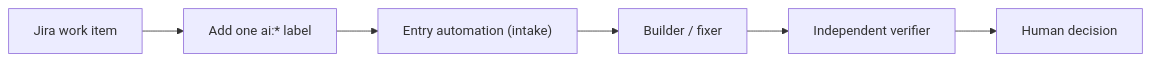
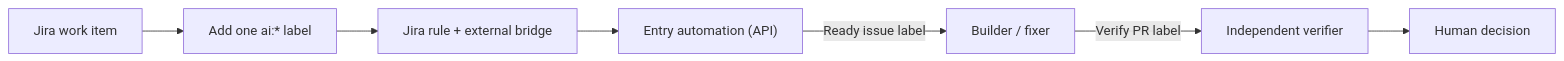
The diagram in docs/workshop.md (fgibelin/copilot-agentic-automation), drawn with Mermaid before and after one commit. The commit also changed other lines of this file and 2 other files, not shown here.

````diff
--- a/docs/workshop.md
+++ b/docs/workshop.md
@@ -149,8 +151,9 @@
 ```mermaid
 flowchart LR
     J["Jira work item"] --> L["Add one ai:* label"]
-    L --> E["Entry automation (intake)"]
-    E --> B["Builder / fixer"]
-    B --> V["Independent verifier"]
+    L --> R["Jira rule + external bridge"]
+    R --> E["Entry automation (API)"]
+    E -->|Ready issue label| B["Builder / fixer"]
+    B -->|Verify PR label| V["Independent verifier"]
     V --> H["Human decision"]
 ```
````
